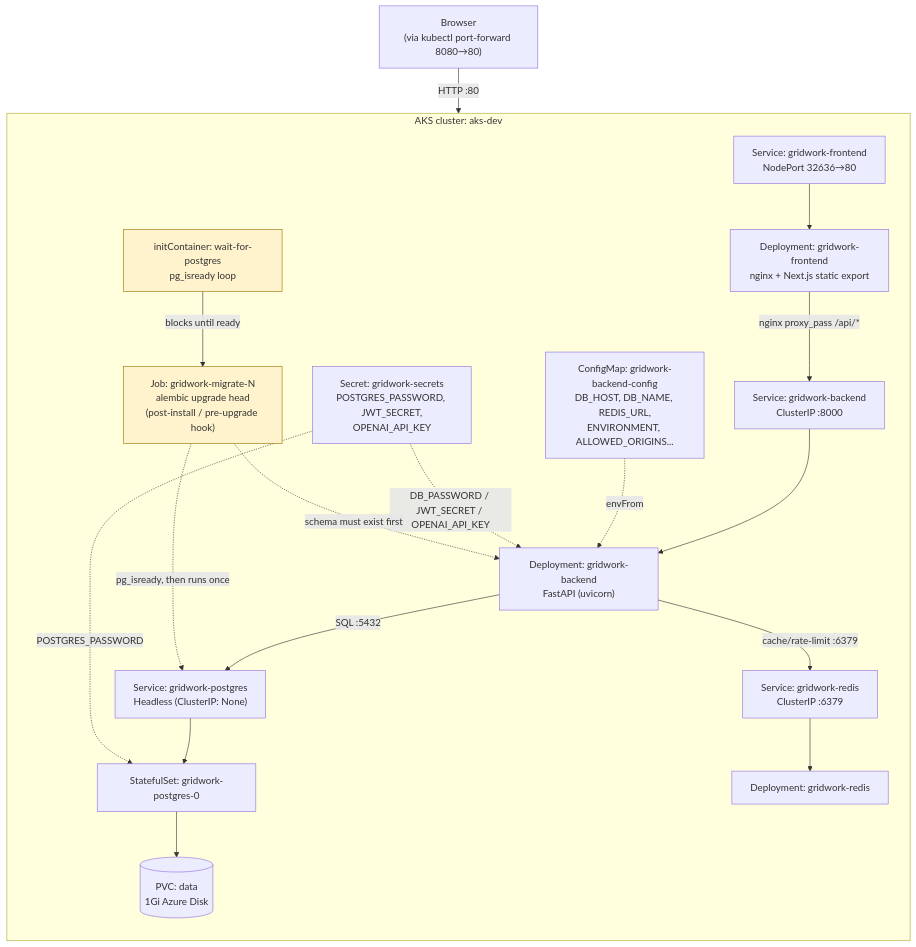
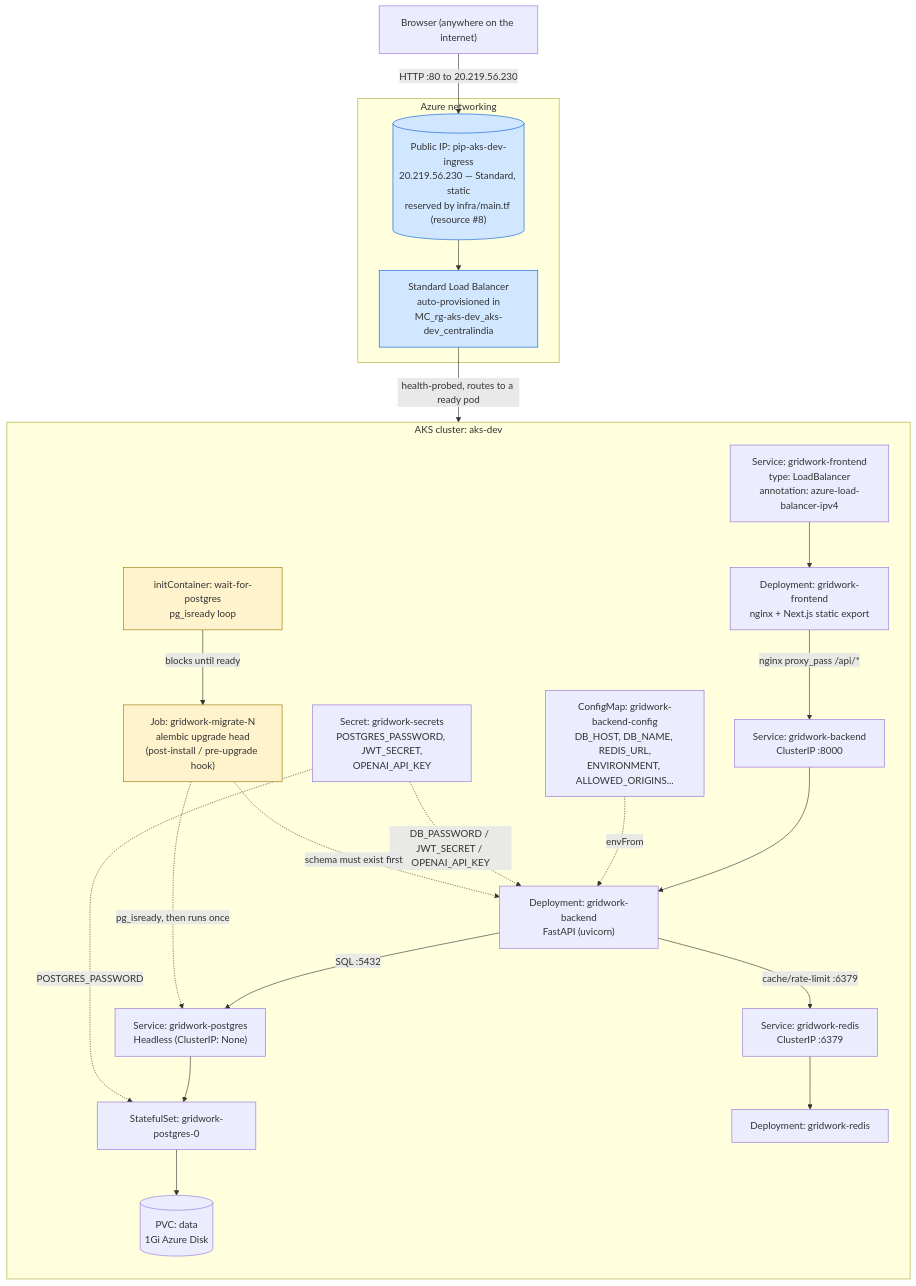
One commit to shukla-surendra/platform-lab changed the diagram in k8s/aks_setup/minimul_aks_002/helm/gridwork/ARCHITECTURE.md. Above: the diagram before and after it, drawn with Mermaid. The commit also changed other lines of this file and 7 other files, not shown here.

Commit message:
feat(helm): implement LoadBalancer service with static IP for frontend and update architecture documentation

````diff
--- a/k8s/aks_setup/minimul_aks_002/helm/gridwork/ARCHITECTURE.md
+++ b/k8s/aks_setup/minimul_aks_002/helm/gridwork/ARCHITECTURE.md
@@ -8,50 +11,59 @@
 ```mermaid
 flowchart TB
-    User["Browser<br/>(via kubectl port-forward 8080→80)"]
+    User["Browser (anywhere on the internet)"]
+
+    subgraph AzureNet["Azure networking"]
+        PIP[("Public IP: pip-aks-dev-ingress<br/>20.219.56.230 — Standard, static<br/>reserved by infra/main.tf (resource #8)")]
+        LB["Standard Load Balancer<br/>auto-provisioned in<br/>MC_rg-aks-dev_aks-dev_centralindia"]
+    end
 
     subgraph AKS["AKS cluster: aks-dev"]
         direction TB
 
-        FrontendSvc["Service: gridwork-frontend<br/>NodePort 32636→80"]
+        FrontendSvc["Service: gridwork-frontend<br/>type: LoadBalancer<br/>annotation: azure-load-balancer-ipv4"]
         FrontendPod["Deployment: gridwork-frontend<br/>nginx + Next.js static export"]
 
         BackendSvc["Service: gridwork-backend<br/>ClusterIP :8000"]
         BackendPod["Deployment: gridwork-backend<br/>FastAPI (uvicorn)"]
 
         RedisSvc["Service: gridwork-redis<br/>ClusterIP :6379"]
         RedisPod["Deployment: gridwork-redis"]
 
         PostgresSvc["Service: gridwork-postgres<br/>Headless (ClusterIP: None)"]
         PostgresPod["StatefulSet: gridwork-postgres-0"]
         PVC[("PVC: data<br/>1Gi Azure Disk")]
 
         MigrateJob["Job: gridwork-migrate-N<br/>alembic upgrade head<br/>(post-install / pre-upgrade hook)"]
         WaitInit["initContainer: wait-for-postgres<br/>pg_isready loop"]
 
         CM["ConfigMap: gridwork-backend-config<br/>DB_HOST, DB_NAME, REDIS_URL,<br/>ENVIRONMENT, ALLOWED_ORIGINS..."]
         Secret["Secret: gridwork-secrets<br/>POSTGRES_PASSWORD, JWT_SECRET,<br/>OPENAI_API_KEY"]
     end
 
-    User -->|HTTP :80| FrontendSvc
+    User -->|HTTP :80 to 20.219.56.230| PIP
+    PIP --> LB
+    LB -->|health-probed, routes to a ready pod| FrontendSvc
     FrontendSvc --> FrontendPod
     FrontendPod -->|nginx proxy_pass /api/*| BackendSvc
     BackendSvc --> BackendPod
 
     BackendPod -->|SQL :5432| PostgresSvc
     PostgresSvc --> PostgresPod
     PostgresPod --> PVC
 
     BackendPod -->|cache/rate-limit :6379| RedisSvc
     RedisSvc --> RedisPod
 
     CM -.envFrom.-> BackendPod
     Secret -.DB_PASSWORD / JWT_SECRET / OPENAI_API_KEY.-> BackendPod
     Secret -.POSTGRES_PASSWORD.-> PostgresPod
 
     WaitInit -->|blocks until ready| MigrateJob
     MigrateJob -.->|pg_isready, then runs once| PostgresSvc
     MigrateJob -.->|schema must exist first| BackendPod
 
     style MigrateJob fill:#fff3cd,stroke:#997404
     style WaitInit fill:#fff3cd,stroke:#997404
+    style PIP fill:#d1e7ff,stroke:#0b5ed7
+    style LB fill:#d1e7ff,stroke:#0b5ed7
 ```
````
